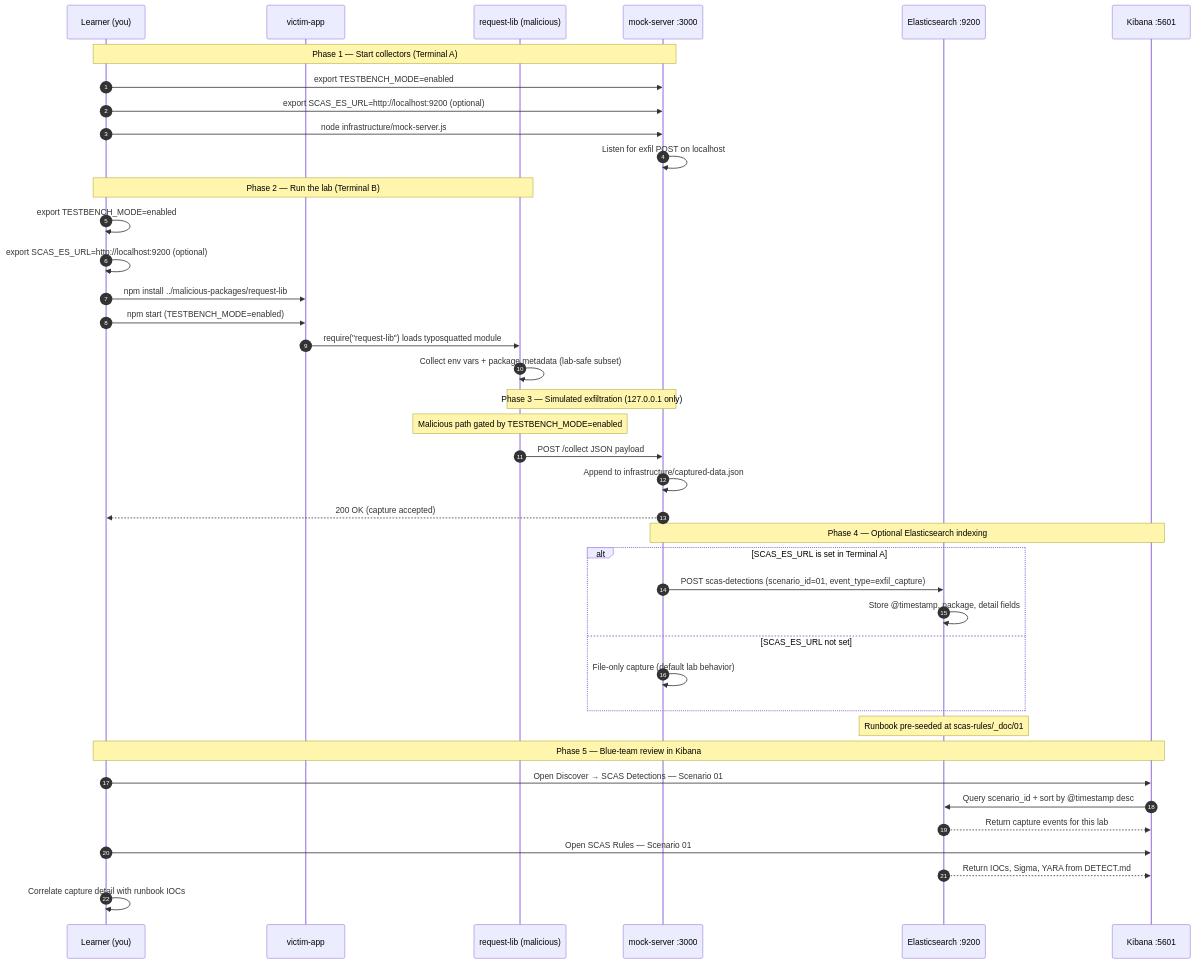
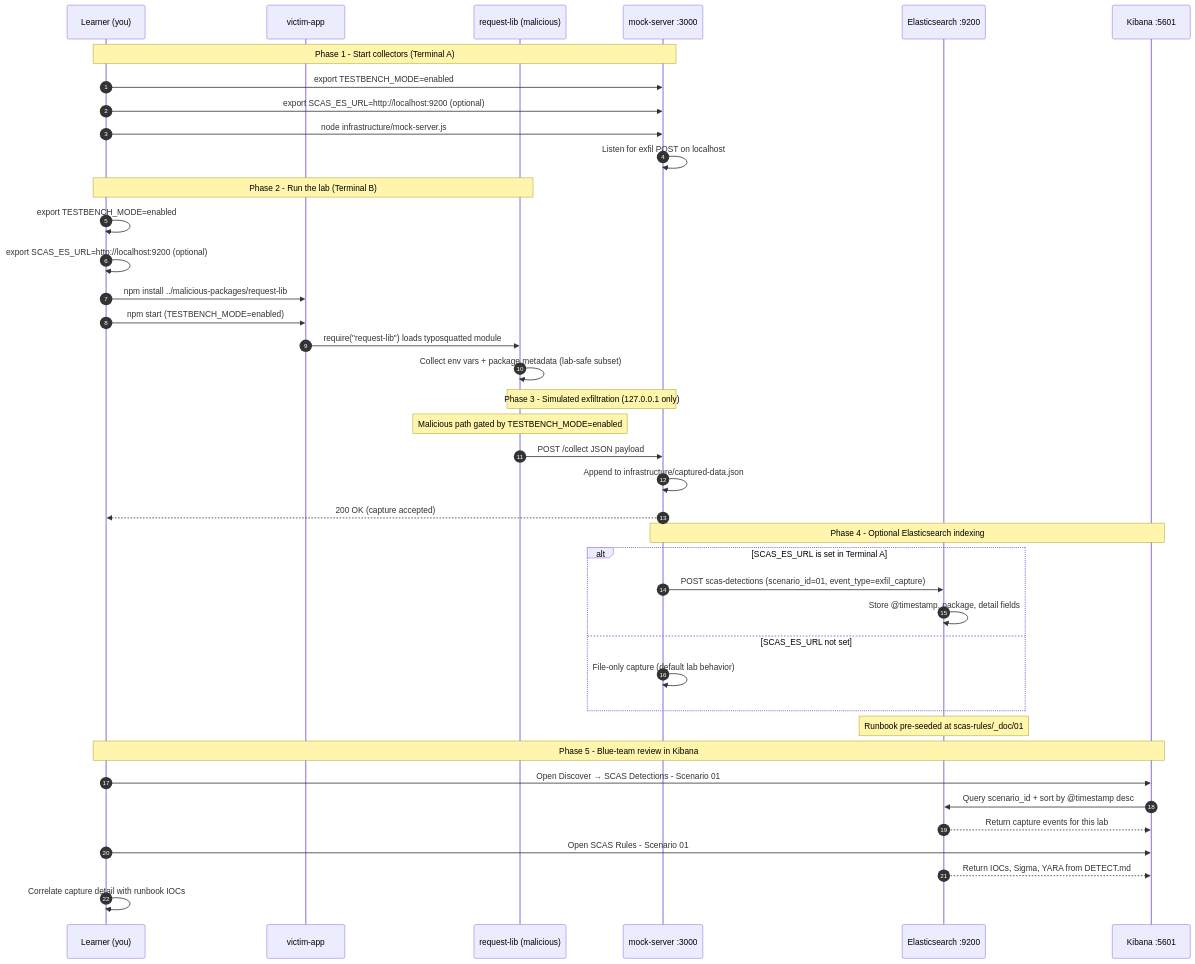
The diagram in documentation/scenario-guides/zero-to-hero/ZERO_TO_HERO_SCENARIO_01.md (RAJANAGORI/testbench), drawn with Mermaid before and after one commit. The commit also changed other lines of this file and 66 other files, not shown here.

````diff
--- a/documentation/scenario-guides/zero-to-hero/ZERO_TO_HERO_SCENARIO_01.md
+++ b/documentation/scenario-guides/zero-to-hero/ZERO_TO_HERO_SCENARIO_01.md
@@ -597,47 +597,47 @@
 ```mermaid
 sequenceDiagram
     autonumber
     participant Learner as Learner (you)
     participant Victim as victim-app
     participant MalPkg as request-lib (malicious)
     participant Mock as mock-server :3000
     participant ES as Elasticsearch :9200
     participant Kibana as Kibana :5601
 
-    Note over Learner,Mock: Phase 1 — Start collectors (Terminal A)
+    Note over Learner,Mock: Phase 1 - Start collectors (Terminal A)
     Learner->>Mock: export TESTBENCH_MODE=enabled
     Learner->>Mock: export SCAS_ES_URL=http://localhost:9200 (optional)
     Learner->>Mock: node infrastructure/mock-server.js
     Mock->>Mock: Listen for exfil POST on localhost
 
-    Note over Learner,MalPkg: Phase 2 — Run the lab (Terminal B)
+    Note over Learner,MalPkg: Phase 2 - Run the lab (Terminal B)
     Learner->>Learner: export TESTBENCH_MODE=enabled
     Learner->>Learner: export SCAS_ES_URL=http://localhost:9200 (optional)
     Learner->>Victim: npm install ../malicious-packages/request-lib
     Learner->>Victim: npm start (TESTBENCH_MODE=enabled)
     Victim->>MalPkg: require("request-lib") loads typosquatted module
     MalPkg->>MalPkg: Collect env vars + package metadata (lab-safe subset)
 
-    Note over MalPkg,Mock: Phase 3 — Simulated exfiltration (127.0.0.1 only)
+    Note over MalPkg,Mock: Phase 3 - Simulated exfiltration (127.0.0.1 only)
     Note over MalPkg: Malicious path gated by TESTBENCH_MODE=enabled
     MalPkg->>Mock: POST /collect JSON payload
     Mock->>Mock: Append to infrastructure/captured-data.json
     Mock-->>Learner: 200 OK (capture accepted)
 
-    Note over Mock,Kibana: Phase 4 — Optional Elasticsearch indexing
+    Note over Mock,Kibana: Phase 4 - Optional Elasticsearch indexing
     alt SCAS_ES_URL is set in Terminal A
     Mock->>ES: POST scas-detections (scenario_id=01, event_type=exfil_capture)
     ES->>ES: Store @timestamp, package, detail fields
     else SCAS_ES_URL not set
     Mock->>Mock: File-only capture (default lab behavior)
     end
 
     Note over ES: Runbook pre-seeded at scas-rules/_doc/01
-    Note over Learner,Kibana: Phase 5 — Blue-team review in Kibana
-    Learner->>Kibana: Open Discover → SCAS Detections — Scenario 01
+    Note over Learner,Kibana: Phase 5 - Blue-team review in Kibana
+    Learner->>Kibana: Open Discover → SCAS Detections - Scenario 01
     Kibana->>ES: Query scenario_id + sort by @timestamp desc
     ES-->>Kibana: Return capture events for this lab
-    Learner->>Kibana: Open SCAS Rules — Scenario 01
+    Learner->>Kibana: Open SCAS Rules - Scenario 01
     ES-->>Kibana: Return IOCs, Sigma, YARA from DETECT.md
     Learner->>Learner: Correlate capture detail with runbook IOCs
 ```
````
